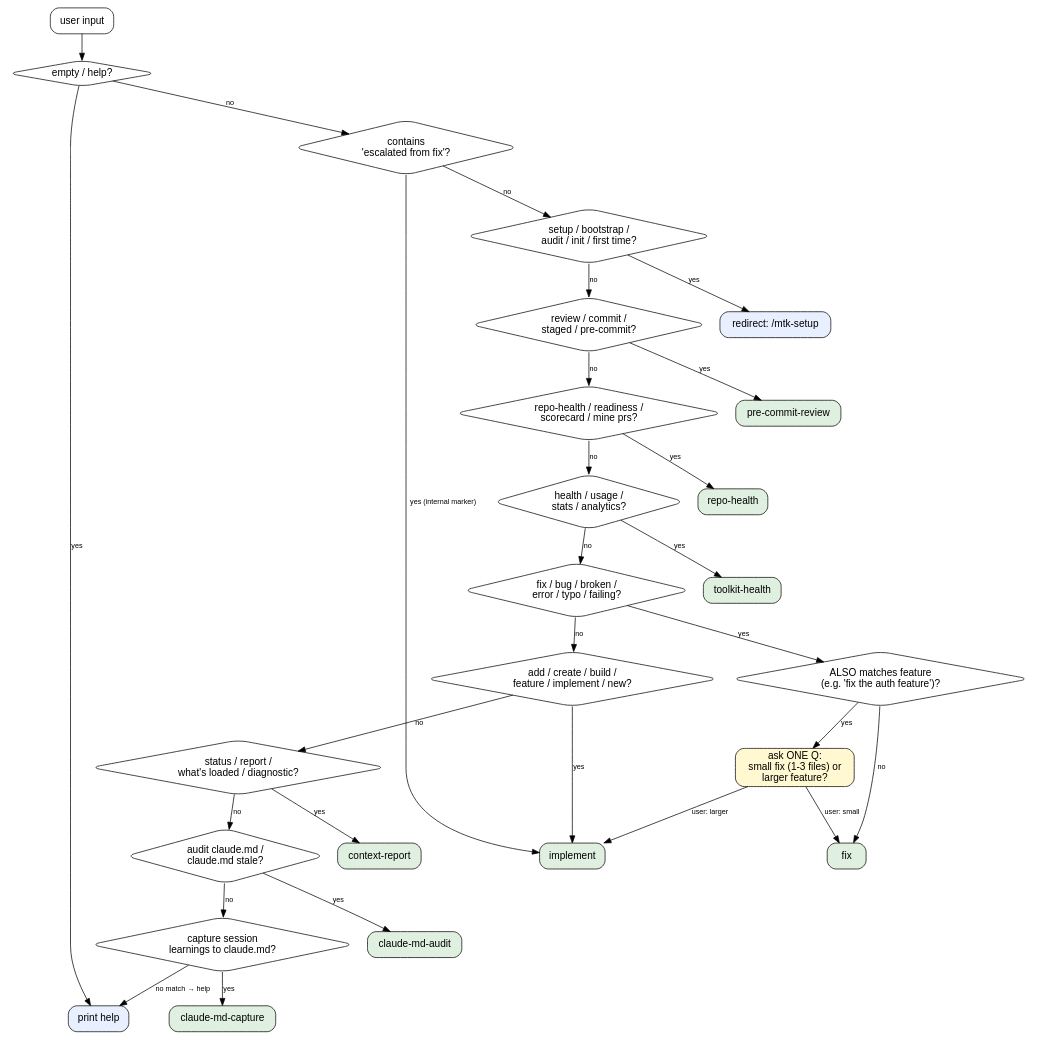
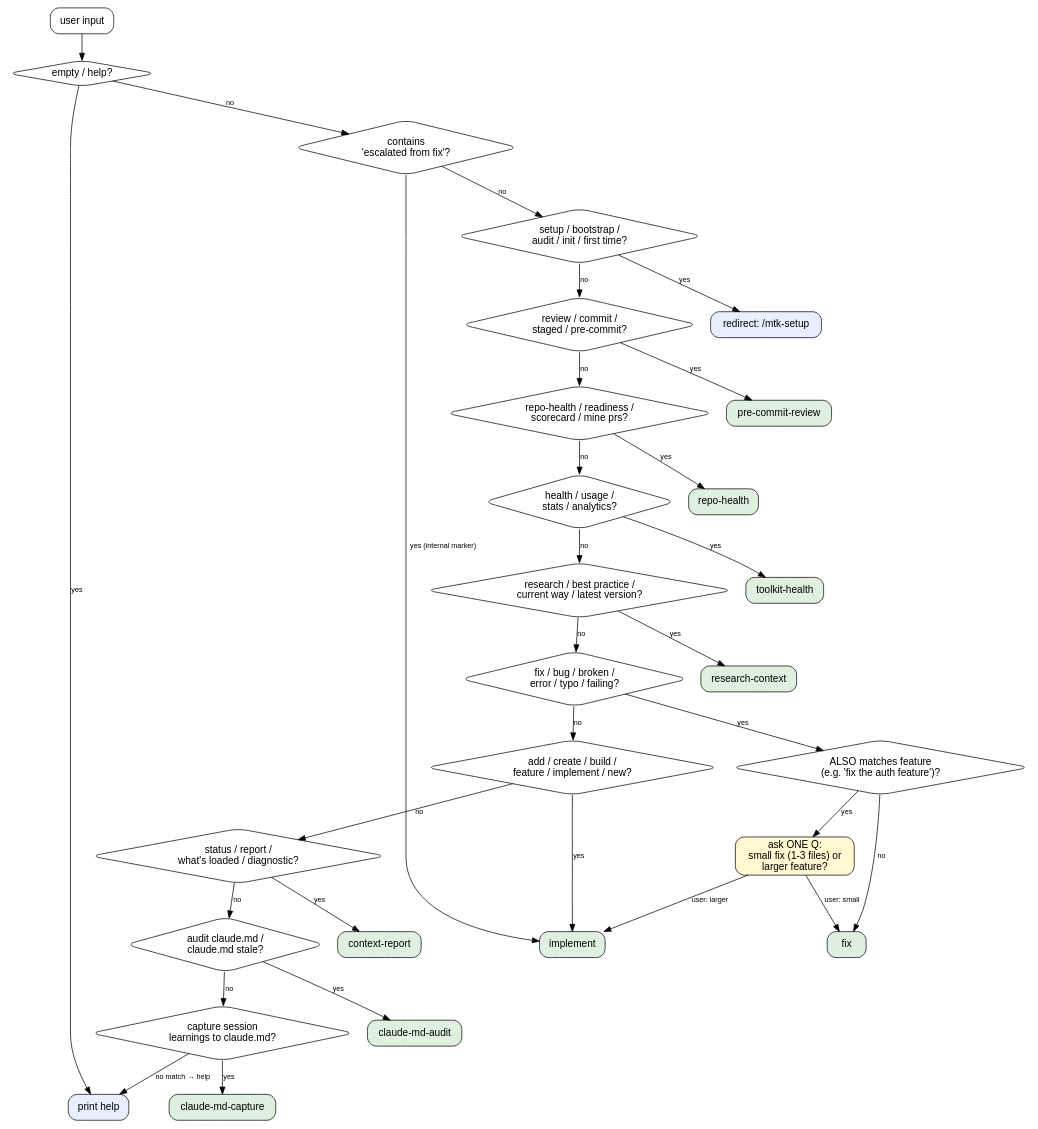
The diagram in .claude/skills/mtk/SKILL.md (moberghr/mtk-agent-toolkit), drawn with Graphviz before and after one commit. The commit also changed other lines of this file and 9 other files, not shown here.

First line of the commit message:
feat: research-context skill, dynamic workflow runtime path, workflow dashboard

````diff
--- a/.claude/skills/mtk/SKILL.md
+++ b/.claude/skills/mtk/SKILL.md
@@ -17,60 +17,64 @@
 ```dot
 digraph mtk_routing {
   rankdir=TB;
   node [shape=box, style=rounded, fontname="Helvetica"];
   edge [fontname="Helvetica", fontsize=10];
 
   start    [label="user input"];
   empty    [label="empty / help?", shape=diamond];
   help     [label="print help", style="rounded,filled", fillcolor="#e8f0ff"];
   esc      [label="contains\n'escalated from fix'?", shape=diamond];
   setup    [label="setup / bootstrap /\naudit / init / first time?", shape=diamond];
   redirect [label="redirect: /mtk-setup", style="rounded,filled", fillcolor="#e8f0ff"];
   rev      [label="review / commit /\nstaged / pre-commit?", shape=diamond];
   pcr      [label="pre-commit-review", style="rounded,filled", fillcolor="#e0f0e0"];
   rhlth    [label="repo-health / readiness /\nscorecard / mine prs?", shape=diamond];
   rh       [label="repo-health", style="rounded,filled", fillcolor="#e0f0e0"];
   hlth     [label="health / usage /\nstats / analytics?", shape=diamond];
   th       [label="toolkit-health", style="rounded,filled", fillcolor="#e0f0e0"];
+  rsch     [label="research / best practice /\ncurrent way / latest version?", shape=diamond];
+  rc       [label="research-context", style="rounded,filled", fillcolor="#e0f0e0"];
   fixv     [label="fix / bug / broken /\nerror / typo / failing?", shape=diamond];
   feat     [label="add / create / build /\nfeature / implement / new?", shape=diamond];
   ambig    [label="ALSO matches feature\n(e.g. 'fix the auth feature')?", shape=diamond];
   ask      [label="ask ONE Q:\nsmall fix (1-3 files) or\nlarger feature?", style="rounded,filled", fillcolor="#fff8d0"];
   fix      [label="fix", style="rounded,filled", fillcolor="#e0f0e0"];
   impl     [label="implement", style="rounded,filled", fillcolor="#e0f0e0"];
   stat     [label="status / report /\nwhat's loaded / diagnostic?", shape=diamond];
   cr       [label="context-report", style="rounded,filled", fillcolor="#e0f0e0"];
   cmd      [label="audit claude.md /\nclaude.md stale?", shape=diamond];
   cma      [label="claude-md-audit", style="rounded,filled", fillcolor="#e0f0e0"];
   cmc      [label="capture session\nlearnings to claude.md?", shape=diamond];
   cmcap    [label="claude-md-capture", style="rounded,filled", fillcolor="#e0f0e0"];
 
   start -> empty;
   empty -> help [label="yes"];
   empty -> esc  [label="no"];
   esc   -> impl [label="yes (internal marker)"];
   esc   -> setup [label="no"];
   setup -> redirect [label="yes"];
   setup -> rev  [label="no"];
   rev   -> pcr  [label="yes"];
   rev   -> rhlth [label="no"];
   rhlth -> rh   [label="yes"];
   rhlth -> hlth [label="no"];
   hlth  -> th   [label="yes"];
-  hlth  -> fixv [label="no"];
+  hlth  -> rsch [label="no"];
+  rsch  -> rc   [label="yes"];
+  rsch  -> fixv [label="no"];
   fixv  -> ambig [label="yes"];
   ambig -> ask  [label="yes"];
   ambig -> fix  [label="no"];
   ask   -> fix  [label="user: small"];
   ask   -> impl [label="user: larger"];
   fixv  -> feat [label="no"];
   feat  -> impl [label="yes"];
   feat  -> stat [label="no"];
   stat  -> cr   [label="yes"];
   stat  -> cmd  [label="no"];
   cmd   -> cma  [label="yes"];
   cmd   -> cmc  [label="no"];
   cmc   -> cmcap [label="yes"];
   cmc   -> help [label="no match → help"];
 }
 ```
````
